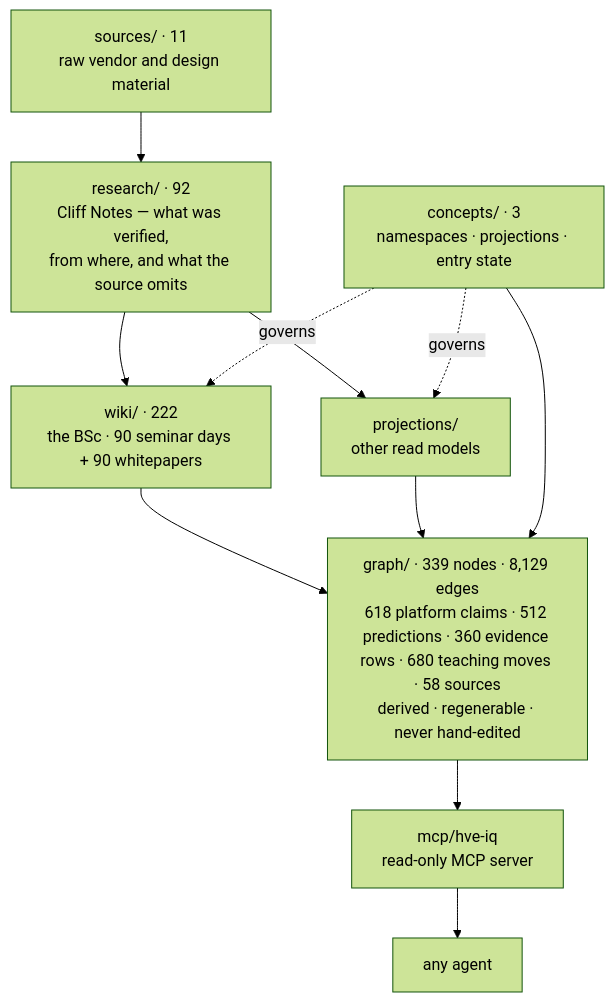
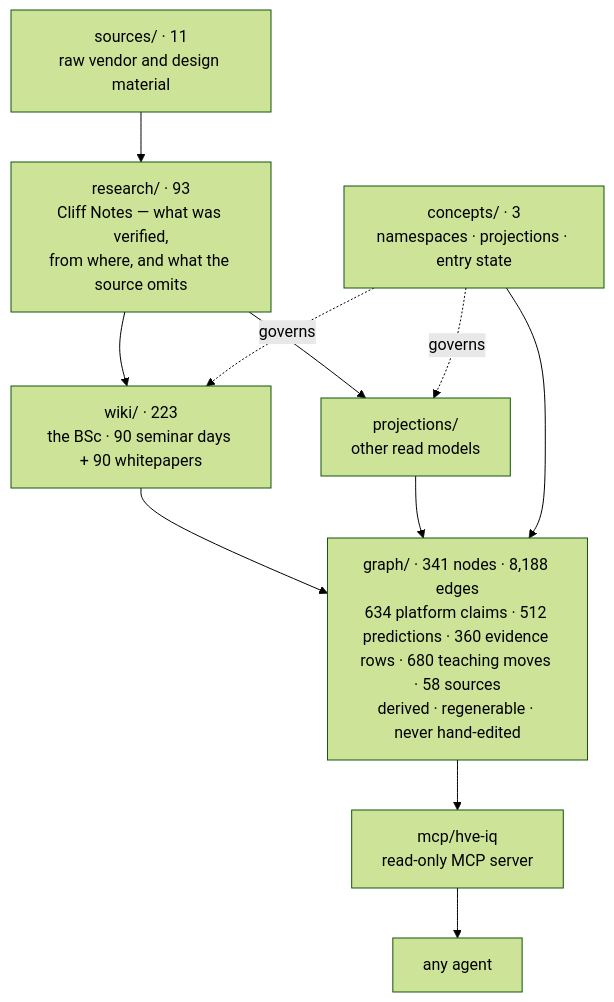
Before and after one commit to venturemavenwill/high-velocity-engineering: the diagram in README.md, drawn with Mermaid (forest theme). The commit also changed other lines of this file and 37 other files, not shown here.

````diff
--- a/README.md
+++ b/README.md
@@ -13,14 +13,14 @@
 ```mermaid
 flowchart TD
   S["sources/ · 11<br/>raw vendor and design material"] --> R
-  R["research/ · 92<br/>Cliff Notes — what was verified,<br/>from where, and what the source omits"] --> W
+  R["research/ · 93<br/>Cliff Notes — what was verified,<br/>from where, and what the source omits"] --> W
   R --> P
-  W["wiki/ · 222<br/>the BSc · 90 seminar days + 90 whitepapers"]
+  W["wiki/ · 223<br/>the BSc · 90 seminar days + 90 whitepapers"]
   P["projections/<br/>other read models"]
   C["concepts/ · 3<br/>namespaces · projections · entry state"] -.governs.-> W
   C -.governs.-> P
   W --> G
   P --> G
   C --> G
-  G["graph/ · 339 nodes · 8,129 edges<br/>618 platform claims · 512 predictions · 360 evidence rows · 680 teaching moves · 58 sources<br/>derived · regenerable · never hand-edited"] --> M["mcp/hve-iq<br/>read-only MCP server"] --> A["any agent"]
+  G["graph/ · 341 nodes · 8,188 edges<br/>634 platform claims · 512 predictions · 360 evidence rows · 680 teaching moves · 58 sources<br/>derived · regenerable · never hand-edited"] --> M["mcp/hve-iq<br/>read-only MCP server"] --> A["any agent"]
 ```
````
